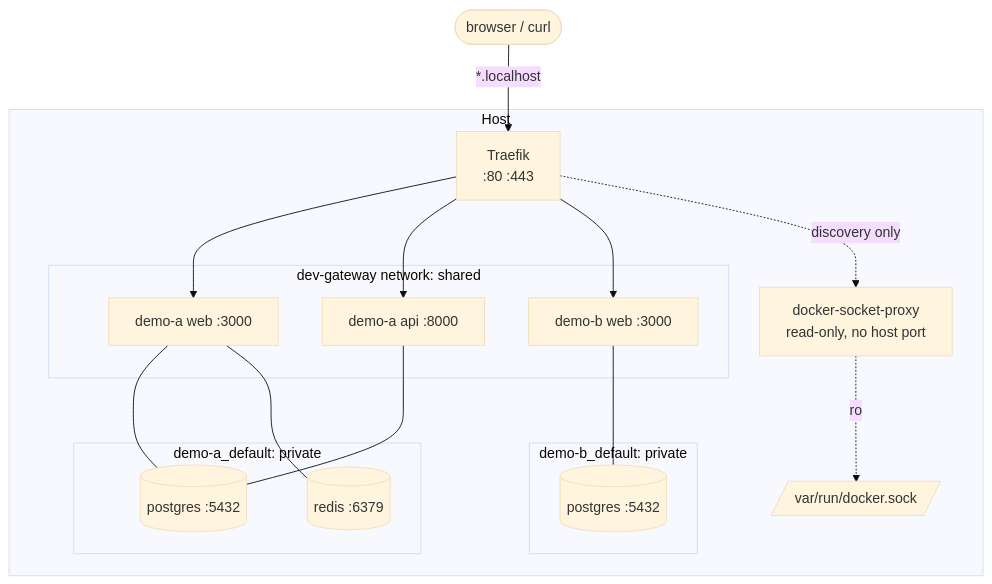
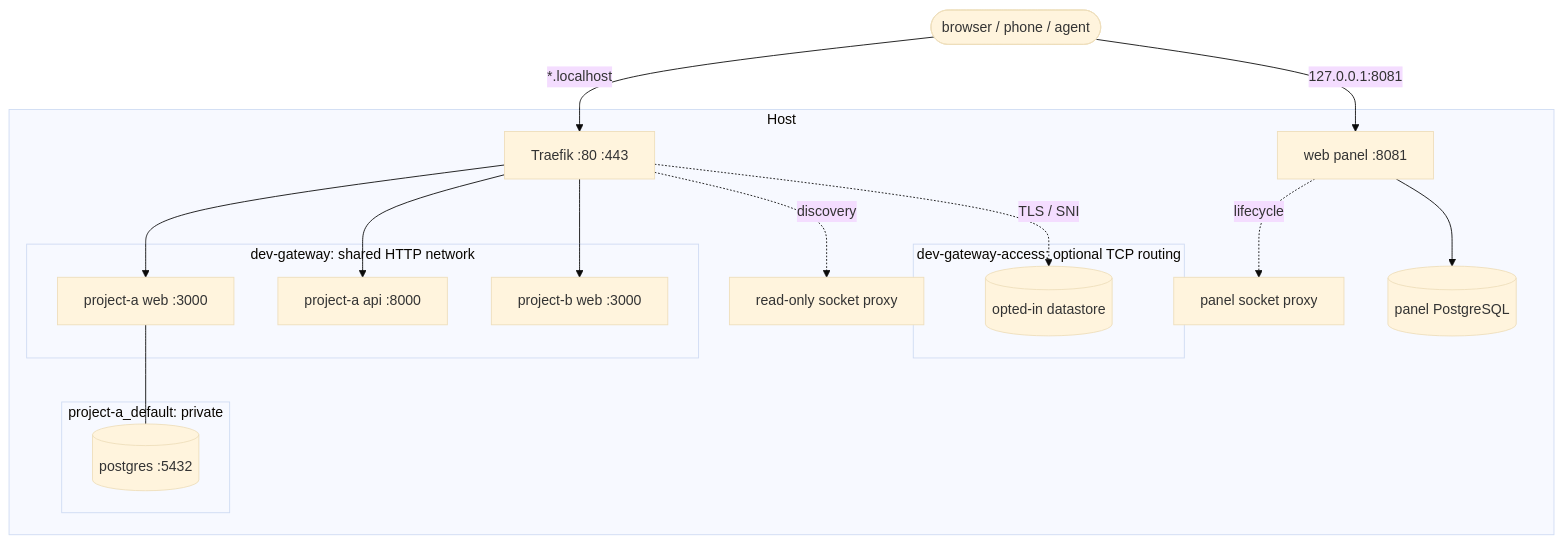
Before and after one commit to fabioassuncao/dev-gateway: the diagram in README.md, drawn with Mermaid (base theme). The commit also changed other lines of this file and 2 other files, not shown here.

Commit message:
docs(readme): refocus the project introduction

````diff
--- a/README.md
+++ b/README.md
@@ -74,28 +58,30 @@
 ```mermaid
 flowchart TB
-    client([browser / curl])
+    user([browser / phone / agent])
     subgraph host [Host]
-        traefik[Traefik<br/>:80 :443]
-        proxy[docker-socket-proxy<br/>read-only, no host port]
-        socket[/var/run/docker.sock/]
-        subgraph shared [dev-gateway network: shared]
-            aweb[demo-a web :3000]
-            aapi[demo-a api :8000]
-            bweb[demo-b web :3000]
+        traefik[Traefik :80 :443]
+        proxy[read-only socket proxy]
+        panel[web panel :8081]
+        panelproxy[panel socket proxy]
+        paneldb[(panel PostgreSQL)]
+        subgraph shared [dev-gateway: shared HTTP network]
+            aweb[project-a web :3000]
+            aapi[project-a api :8000]
+            bweb[project-b web :3000]
         end
-        subgraph pa [demo-a_default: private]
+        subgraph private [project-a_default: private]
             apg[(postgres :5432)]
-            ard[(redis :6379)]
         end
-        subgraph pb [demo-b_default: private]
-            bpg[(postgres :5432)]
+        subgraph access [dev-gateway-access: optional TCP routing]
+            routeddb[(opted-in datastore)]
         end
     end
-    client -->|"*.localhost"| traefik
+    user -->|"*.localhost"| traefik
+    user -->|127.0.0.1:8081| panel
     traefik --> aweb & aapi & bweb
-    traefik -. "discovery only" .-> proxy
-    proxy -. ro .-> socket
-    aweb --- apg & ard
-    aapi --- apg
-    bweb --- bpg
+    traefik -. discovery .-> proxy
+    panel -. lifecycle .-> panelproxy
+    panel --> paneldb
+    aweb --- apg
+    traefik -. "TLS / SNI" .-> routeddb
 ```
````
